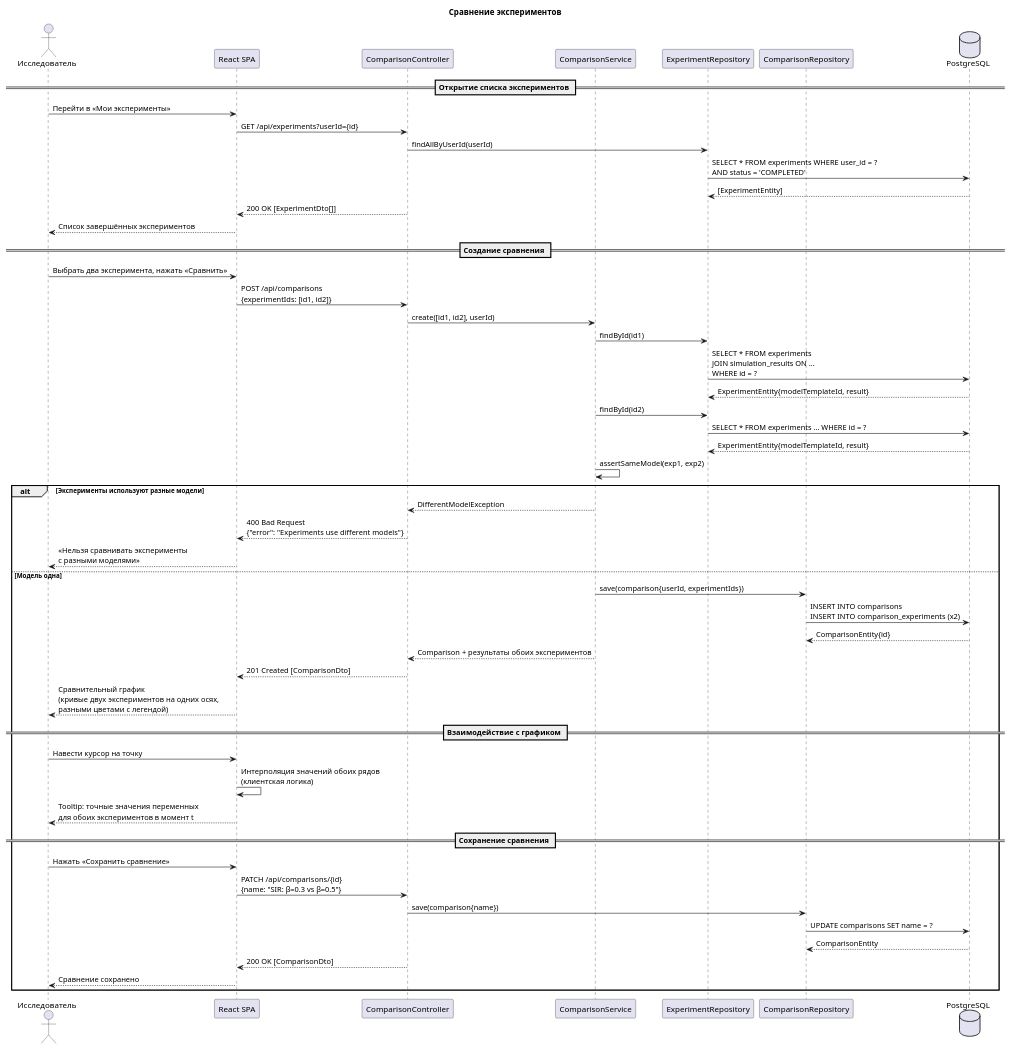
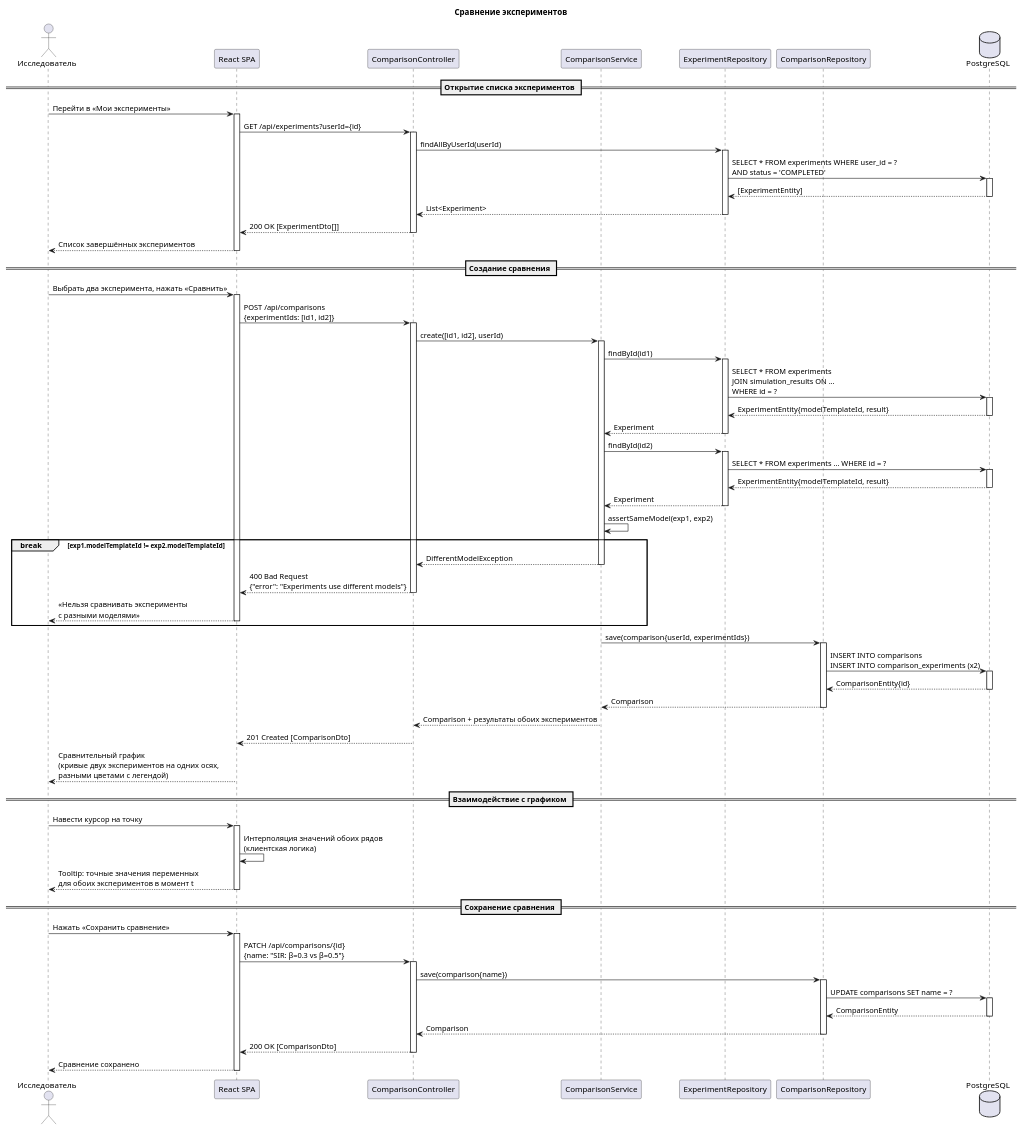
One commit to Nna2291/vargod changed the diagram in diagrams/seq_comparison.puml. Above: the diagram before and after it, drawn with PlantUML. The commit also changed 5 other files, not shown here.

```diff
--- a/diagrams/seq_comparison.puml
+++ b/diagrams/seq_comparison.puml
@@ -1,68 +1,76 @@
 @startuml seq_comparison
 title Сравнение экспериментов
 
 actor "Исследователь" as User
 participant "React SPA" as SPA
 participant "ComparisonController" as Ctrl
 participant "ComparisonService" as Svc
 participant "ExperimentRepository" as ExpRepo
 participant "ComparisonRepository" as CompRepo
 database "PostgreSQL" as DB
 
 == Открытие списка экспериментов ==
 
-User -> SPA : Перейти в «Мои эксперименты»
-SPA -> Ctrl : GET /api/experiments?userId={id}
-Ctrl -> ExpRepo : findAllByUserId(userId)
-ExpRepo -> DB : SELECT * FROM experiments WHERE user_id = ?\nAND status = 'COMPLETED'
-DB --> ExpRepo : [ExperimentEntity]
-Ctrl --> SPA : 200 OK [ExperimentDto[]]
-SPA --> User : Список завершённых экспериментов
+User -> SPA ++ : Перейти в «Мои эксперименты»
+SPA -> Ctrl ++ : GET /api/experiments?userId={id}
+Ctrl -> ExpRepo ++ : findAllByUserId(userId)
+ExpRepo -> DB ++ : SELECT * FROM experiments WHERE user_id = ?\nAND status = 'COMPLETED'
+DB --> ExpRepo -- : [ExperimentEntity]
+ExpRepo --> Ctrl -- : List<Experiment>
+Ctrl --> SPA -- : 200 OK [ExperimentDto[]]
+SPA --> User -- : Список завершённых экспериментов
 
 == Создание сравнения ==
 
-User -> SPA : Выбрать два эксперимента, нажать «Сравнить»
-SPA -> Ctrl : POST /api/comparisons\n{experimentIds: [id1, id2]}
-Ctrl -> Svc : create([id1, id2], userId)
+User -> SPA ++ : Выбрать два эксперимента, нажать «Сравнить»
+SPA -> Ctrl ++ : POST /api/comparisons\n{experimentIds: [id1, id2]}
+Ctrl -> Svc ++ : create([id1, id2], userId)
 
-Svc -> ExpRepo : findById(id1)
-ExpRepo -> DB : SELECT * FROM experiments\nJOIN simulation_results ON ...\nWHERE id = ?
-DB --> ExpRepo : ExperimentEntity{modelTemplateId, result}
+Svc -> ExpRepo ++ : findById(id1)
+ExpRepo -> DB ++ : SELECT * FROM experiments\nJOIN simulation_results ON ...\nWHERE id = ?
+DB --> ExpRepo -- : ExperimentEntity{modelTemplateId, result}
+ExpRepo --> Svc -- : Experiment
 
-Svc -> ExpRepo : findById(id2)
-ExpRepo -> DB : SELECT * FROM experiments ... WHERE id = ?
-DB --> ExpRepo : ExperimentEntity{modelTemplateId, result}
+Svc -> ExpRepo ++ : findById(id2)
+ExpRepo -> DB ++ : SELECT * FROM experiments ... WHERE id = ?
+DB --> ExpRepo -- : ExperimentEntity{modelTemplateId, result}
+ExpRepo --> Svc -- : Experiment
 
 Svc -> Svc : assertSameModel(exp1, exp2)
 
-alt Эксперименты используют разные модели
+break exp1.modelTemplateId != exp2.modelTemplateId
     Svc --> Ctrl : DifferentModelException
+    deactivate Svc
     Ctrl --> SPA : 400 Bad Request\n{"error": "Experiments use different models"}
+    deactivate Ctrl
     SPA --> User : «Нельзя сравнивать эксперименты\nс разными моделями»
-else Модель одна
-    Svc -> CompRepo : save(comparison{userId, experimentIds})
-    CompRepo -> DB : INSERT INTO comparisons\nINSERT INTO comparison_experiments (x2)
-    DB --> CompRepo : ComparisonEntity{id}
-
-    Svc --> Ctrl : Comparison + результаты обоих экспериментов
-    Ctrl --> SPA : 201 Created [ComparisonDto]
-    SPA --> User : Сравнительный график\n(кривые двух экспериментов на одних осях,\nразными цветами с легендой)
-
-    == Взаимодействие с графиком ==
-
-    User -> SPA : Навести курсор на точку
-    SPA -> SPA : Интерполяция значений обоих рядов\n(клиентская логика)
-    SPA --> User : Tooltip: точные значения переменных\nдля обоих экспериментов в момент t
-
-    == Сохранение сравнения ==
-
-    User -> SPA : Нажать «Сохранить сравнение»
-    SPA -> Ctrl : PATCH /api/comparisons/{id}\n{name: "SIR: β=0.3 vs β=0.5"}
-    Ctrl -> CompRepo : save(comparison{name})
-    CompRepo -> DB : UPDATE comparisons SET name = ?
-    DB --> CompRepo : ComparisonEntity
-    Ctrl --> SPA : 200 OK [ComparisonDto]
-    SPA --> User : Сравнение сохранено
+    deactivate SPA
 end
 
+Svc -> CompRepo ++ : save(comparison{userId, experimentIds})
+CompRepo -> DB ++ : INSERT INTO comparisons\nINSERT INTO comparison_experiments (x2)
+DB --> CompRepo -- : ComparisonEntity{id}
+CompRepo --> Svc -- : Comparison
+
+Svc --> Ctrl -- : Comparison + результаты обоих экспериментов
+Ctrl --> SPA -- : 201 Created [ComparisonDto]
+SPA --> User -- : Сравнительный график\n(кривые двух экспериментов на одних осях,\nразными цветами с легендой)
+
+== Взаимодействие с графиком ==
+
+User -> SPA ++ : Навести курсор на точку
+SPA -> SPA : Интерполяция значений обоих рядов\n(клиентская логика)
+SPA --> User -- : Tooltip: точные значения переменных\nдля обоих экспериментов в момент t
+
+== Сохранение сравнения ==
+
+User -> SPA ++ : Нажать «Сохранить сравнение»
+SPA -> Ctrl ++ : PATCH /api/comparisons/{id}\n{name: "SIR: β=0.3 vs β=0.5"}
+Ctrl -> CompRepo ++ : save(comparison{name})
+CompRepo -> DB ++ : UPDATE comparisons SET name = ?
+DB --> CompRepo -- : ComparisonEntity
+CompRepo --> Ctrl -- : Comparison
+Ctrl --> SPA -- : 200 OK [ComparisonDto]
+SPA --> User -- : Сравнение сохранено
+
 @enduml
```
